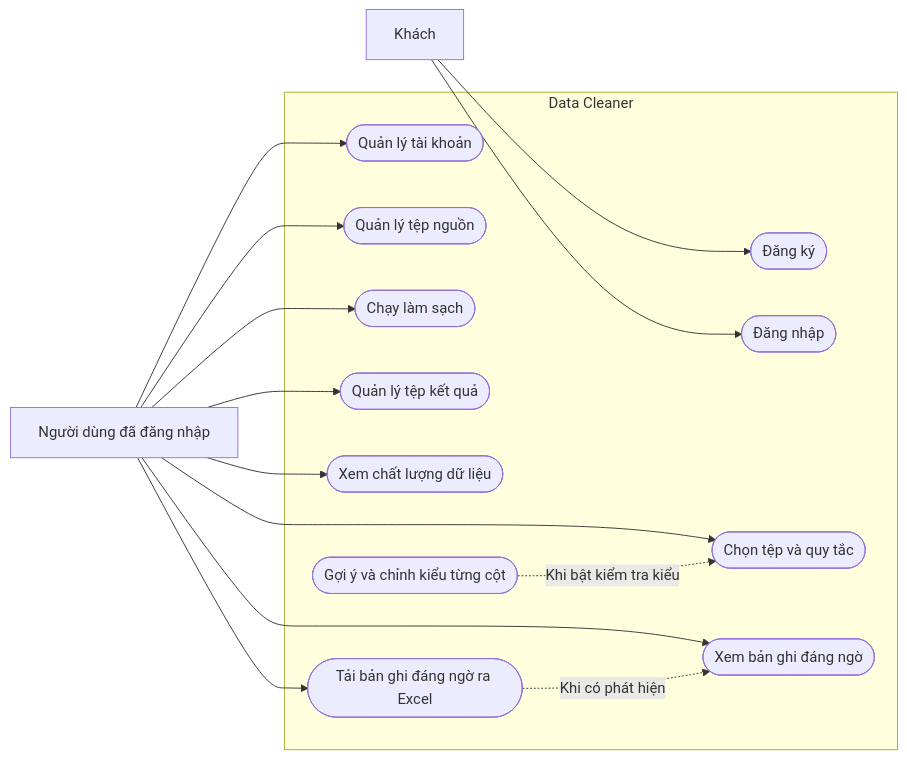
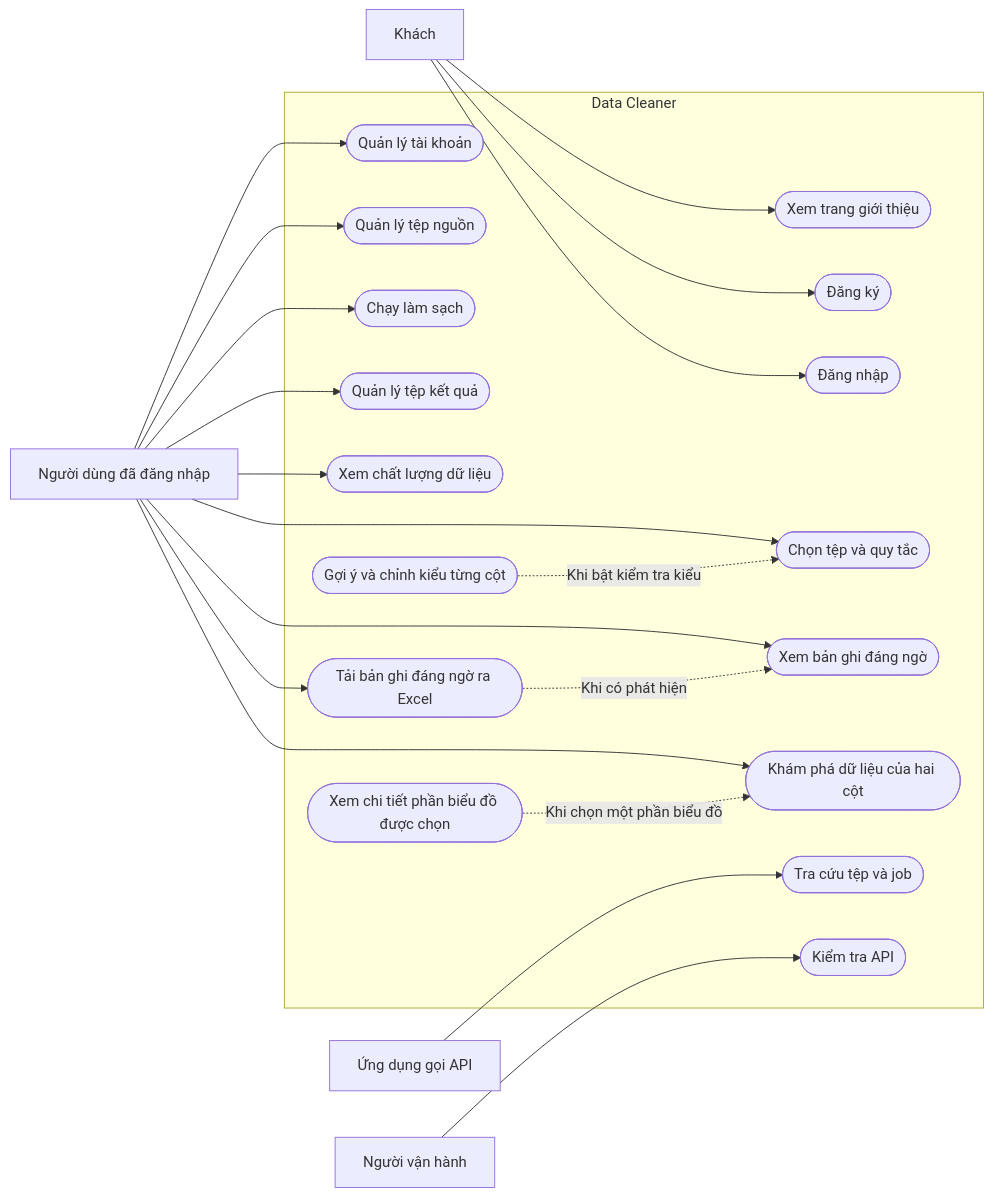
The diagram in docs/diagrams/Use-case-Data-Cleaner.md (tuoicaominh/DATA-CLEANING-AND-ANALYSIS-), drawn with Mermaid before and after one commit. The commit also changed other lines of this file and 15 other files, not shown here.

First line of the commit message:
feat(analysis): thêm biểu đồ tương tác cho hai cột dữ liệu

````diff
--- a/docs/diagrams/Use-case-Data-Cleaner.md
+++ b/docs/diagrams/Use-case-Data-Cleaner.md
@@ -14,28 +15,38 @@
 ```mermaid
 flowchart LR
-    guest["Khách"] --> register
+    guest["Khách"] --> guestHome
+    guest --> register
     guest --> signIn
     member["Người dùng đã đăng nhập"] --> account
     member --> source
     member --> configure
     member --> run
     member --> results
     member --> summary
     member --> findings
     member --> export
+    member --> explore
+    client["Ứng dụng gọi API"] --> lookup
+    operator["Người vận hành"] --> health
     subgraph system["Data Cleaner"]
+        guestHome(["Xem trang giới thiệu"])
         register(["Đăng ký"])
         signIn(["Đăng nhập"])
         account(["Quản lý tài khoản"])
         source(["Quản lý tệp nguồn"])
         configure(["Chọn tệp và quy tắc"])
         types(["Gợi ý và chỉnh kiểu từng cột"])
         run(["Chạy làm sạch"])
         results(["Quản lý tệp kết quả"])
         summary(["Xem chất lượng dữ liệu"])
         findings(["Xem bản ghi đáng ngờ"])
         export(["Tải bản ghi đáng ngờ ra Excel"])
+        explore(["Khám phá dữ liệu của hai cột"])
+        detail(["Xem chi tiết phần biểu đồ được chọn"])
+        lookup(["Tra cứu tệp và job"])
+        health(["Kiểm tra API"])
         types -. "Khi bật kiểm tra kiểu" .-> configure
         export -. "Khi có phát hiện" .-> findings
+        detail -. "Khi chọn một phần biểu đồ" .-> explore
     end
 ```
````
